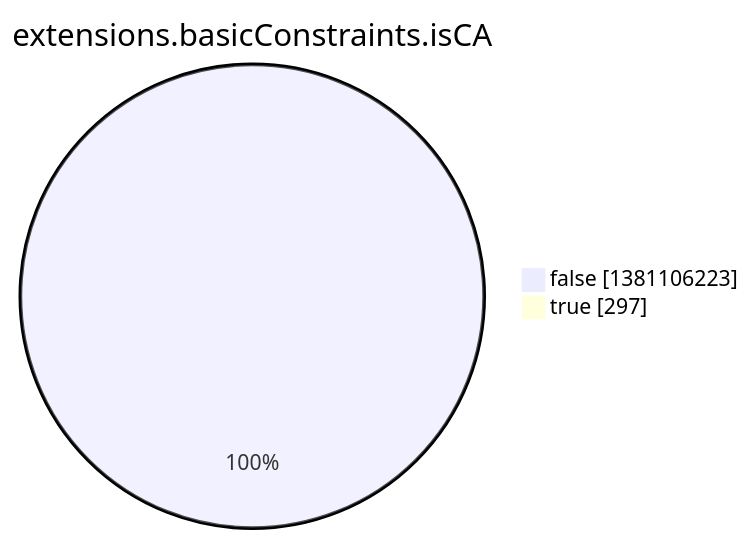
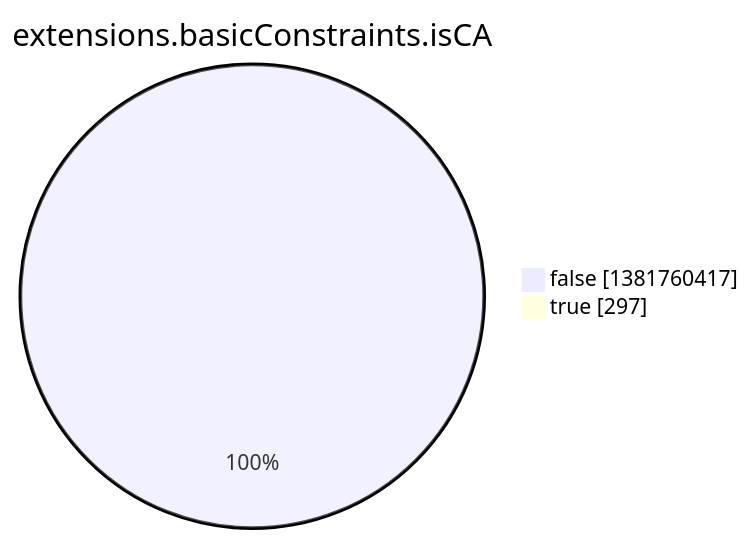
One commit to christiankrug/ctmonitor_visualization changed the eighth of 15 diagrams in argon2022/README.md. Above: the diagram before and after it, drawn with Mermaid. The commit also changed other lines of this file, not shown here.

````diff
--- a/argon2022/README.md
+++ b/argon2022/README.md
@@ -2759,6 +2759,6 @@
 ```mermaid
 pie showData
 title extensions.basicConstraints.isCA
-"false" :1381106223
+"false" :1381760417
 "true" :297
 ```
````
